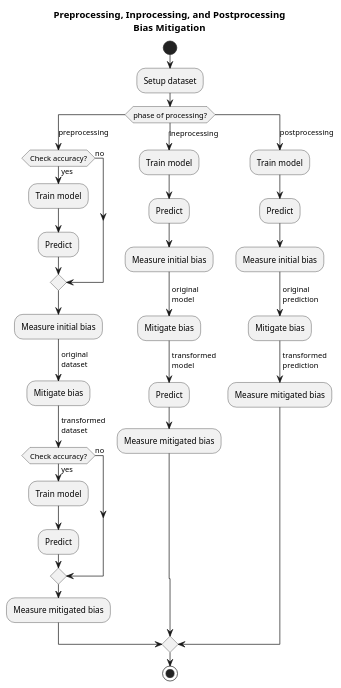
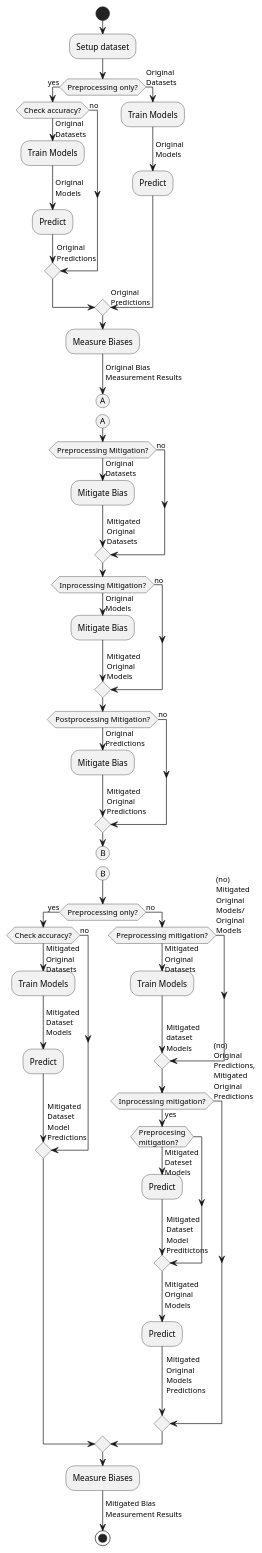
Before and after one commit to York-and-Maastricht-Data-Science-Group/fairml-journal: the diagram in figures/allprocessing.plantuml, drawn with PlantUML. The commit also changed 2 other files, not shown here.

Commit message:
Update Diagram
Update Diagram

```diff
--- a/figures/allprocessing.plantuml
+++ b/figures/allprocessing.plantuml
@@ -1,42 +1,83 @@
 @startuml
-title "Preprocessing, Inprocessing, and Postprocessing\nBias Mitigation"
 start
 :Setup dataset;
 
-switch (phase of processing?)
-  case (preprocessing)
-    if (Check accuracy?) then (yes)
-      :Train model;
+if (Preprocessing only?) then (yes)
+  if (Check accuracy?) then (yes)
+    ->Original\nDatasets;
+    :Train Models;
+    ->Original\nModels;
+    :Predict;
+    ->Original\nPredictions;
+  else (no)
+  endif
+else (Others\nCombinations) 
+  ->Original\nDatasets;
+  :Train Models;
+  ->Original\nModels;
+  :Predict;
+  ->Original\nPredictions;
+endif
+:Measure Biases;
+->Original Bias\nMeasurement Results;
+(A)
+
+detach
+(A)
+if (Preprocessing Mitigation?)
+  -> Original\nDatasets;
+  :Mitigate Bias;
+  -> Mitigated\nOriginal\nDatasets;
+else (no)
+endif
+if (Inprocessing Mitigation?) then (Yes)
+  -> Original\nModels;
+  :Mitigate Bias;
+  -> Mitigated\nOriginal\nModels;
+else (no)
+endif
+if (Postprocessing Mitigation?)
+  -> Original\nPredictions;
+  :Mitigate Bias;
+  -> Mitigated\nOriginal\nPredictions;
+else (no)
+endif
+(B)
+
+detach
+(B)
+if (Preprocessing only?) then (yes)
+  if (Check accuracy?) then (yes)
+    -> Mitigated\nOriginal\nDatasets;
+    :Train Models;
+    -> Mitigated\nDataset\nModels;
+    :Predict;
+    -> Mitigated\nDataset\nModel\nPredictions;
+  else (no)
+  endif
+else (no)
+  
+  if (Preprocessing mitigation?) then (yes)
+    -> Mitigated\nOriginal\nDatasets;
+    :Train Models;
+    -> Mitigated\ndataset\nModels;
+  else ((no)\nMitigated\nOriginal\nModels/\nOriginal\nModels) 
+    
+  endif
+
+  if (Inprocessing mitigation?) then (yes)
+      if (Preprocesing\nmitigation?) then (yes)
+        -> Mitigated\nDateset\nModels;
+        :Predict;
+        -> Mitigated\nDataset\nModel\nPreditictons;
+      endif 
+      -> Mitigated\nOriginal\nModels;
       :Predict;
-    else(no)
-    endif
-    :Measure initial bias;
-    ->original\ndataset;
-    :Mitigate bias;
-    ->transformed\ndataset;
-    if (Check accuracy?) then (yes)
-      :Train model;
-      :Predict;
-    else(no)
-    endif
-    :Measure mitigated bias;
-  case (ineprocessing)
-    :Train model;
-    :Predict;
-    :Measure initial bias;
-    ->original\nmodel;
-    :Mitigate bias;
-    ->transformed\nmodel;
-    :Predict;
-    :Measure mitigated bias;
-  case(postprocessing)
-    :Train model;
-    :Predict;
-    :Measure initial bias;
-    ->original\nprediction;
-    :Mitigate bias;
-    ->transformed\nprediction;
-    :Measure mitigated bias;
-endswitch
+      -> Mitigated\nOriginal\nModels\nPredictions\n\n;
+  else ((no)\nOriginal\nPredictions,\nMitigated\nOriginal\nPredictions) 
+  endif 
+endif
+:Measure Biases;
+->Mitigated Bias\nMeasurement Results;
 stop
 @enduml
```
